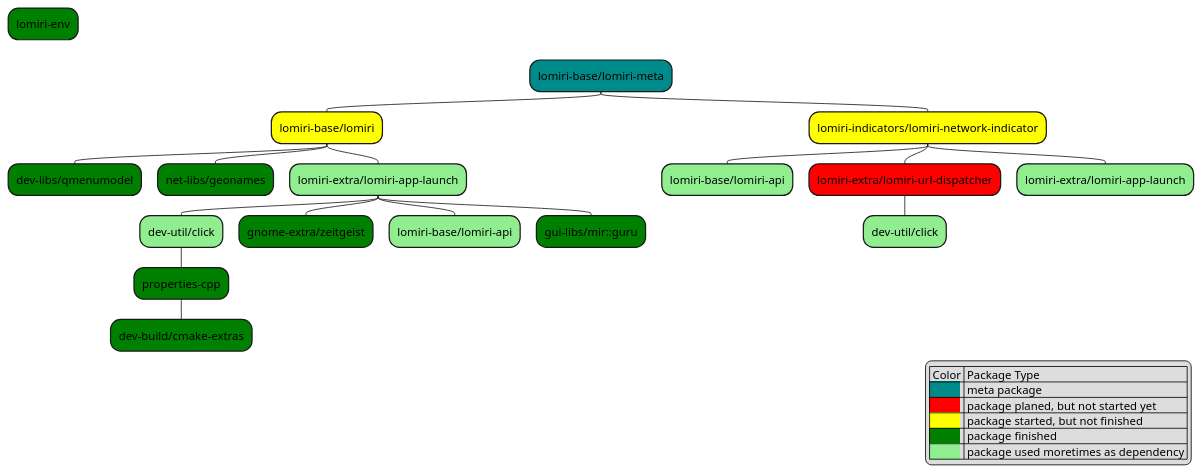
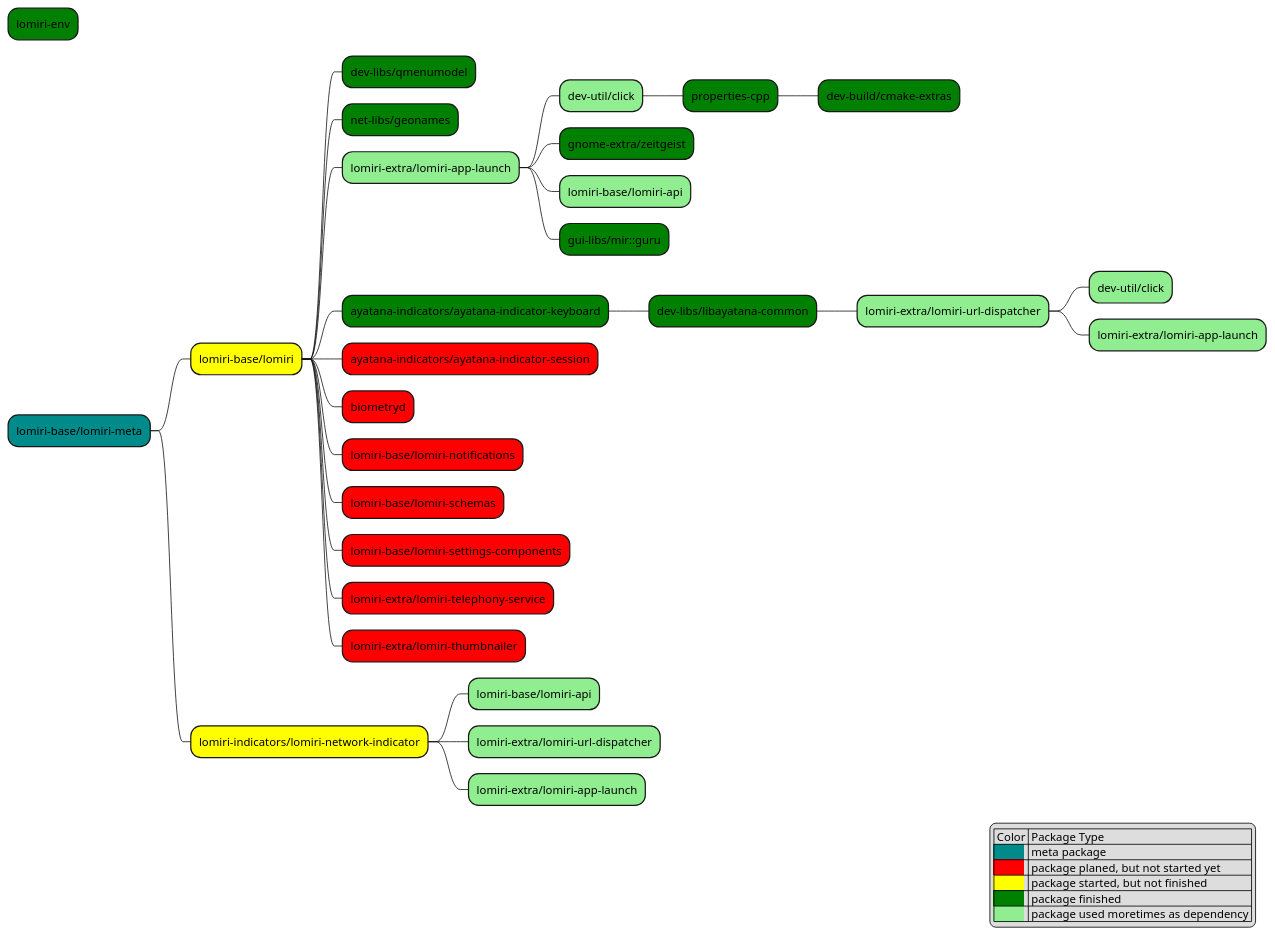
The diagram in docs/lomiri-packages.plantuml (renegart/gentoo-lomiri), drawn with PlantUML before and after one commit. The commit also changed 3 other files, not shown here.

Commit message:
lomiri-base/lomiri: added missing dependencies

```diff
--- a/docs/lomiri-packages.plantuml
+++ b/docs/lomiri-packages.plantuml
@@ -1,30 +1,40 @@
 @startmindmap package dependencies
 legend right
     | Color | Package Type |
     |<back:DarkCyan>          </back>| meta package|
     |<back:red>          </back>| package planed, but not started yet|
     |<back:yellow>          </back>| package started, but not finished|
     |<back:green>          </back>| package finished|
     |<back:lightgreen>          </back>| package used moretimes as dependency |
 endlegend
 
-top to bottom direction
 *[#green] lomiri-env
 *[#DarkCyan] lomiri-base/lomiri-meta
   *[#yellow] lomiri-base/lomiri
     *[#green] dev-libs/qmenumodel
     *[#green] net-libs/geonames
     *[#lightgreen] lomiri-extra/lomiri-app-launch
       *[#lightgreen] dev-util/click
         *[#green] properties-cpp
           *[#green] dev-build/cmake-extras
       *[#green] gnome-extra/zeitgeist
       *[#lightgreen] lomiri-base/lomiri-api
       *[#green] gui-libs/mir::guru
+    *[#green] ayatana-indicators/ayatana-indicator-keyboard
+      *[#green] dev-libs/libayatana-common
+        *[#lightgreen] lomiri-extra/lomiri-url-dispatcher
+          *[#lightgreen] dev-util/click
+          *[#lightgreen] lomiri-extra/lomiri-app-launch
+    *[#red] ayatana-indicators/ayatana-indicator-session
+    *[#red] biometryd
+    *[#red] lomiri-base/lomiri-notifications
+    *[#red] lomiri-base/lomiri-schemas
+    *[#red] lomiri-base/lomiri-settings-components
+    *[#red] lomiri-extra/lomiri-telephony-service
+    *[#red] lomiri-extra/lomiri-thumbnailer
   *[#yellow] lomiri-indicators/lomiri-network-indicator
     *[#lightgreen] lomiri-base/lomiri-api
-    *[#red] lomiri-extra/lomiri-url-dispatcher
-      *[#lightgreen] dev-util/click
+    *[#lightgreen] lomiri-extra/lomiri-url-dispatcher
     *[#lightgreen] lomiri-extra/lomiri-app-launch
 
 @endmindmap
```
